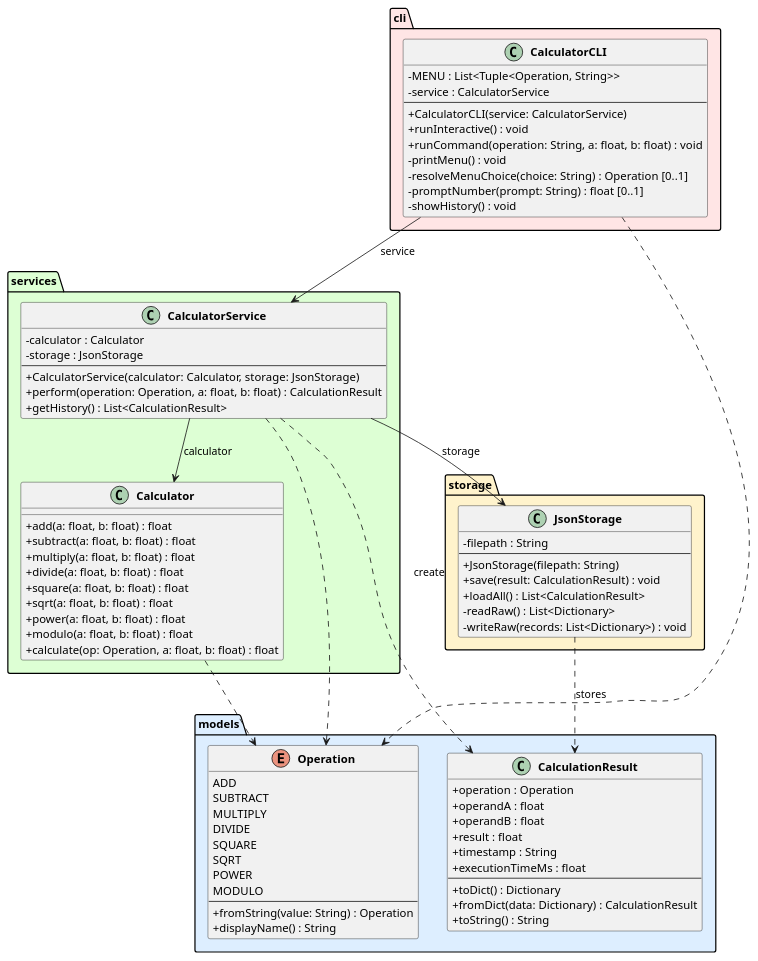
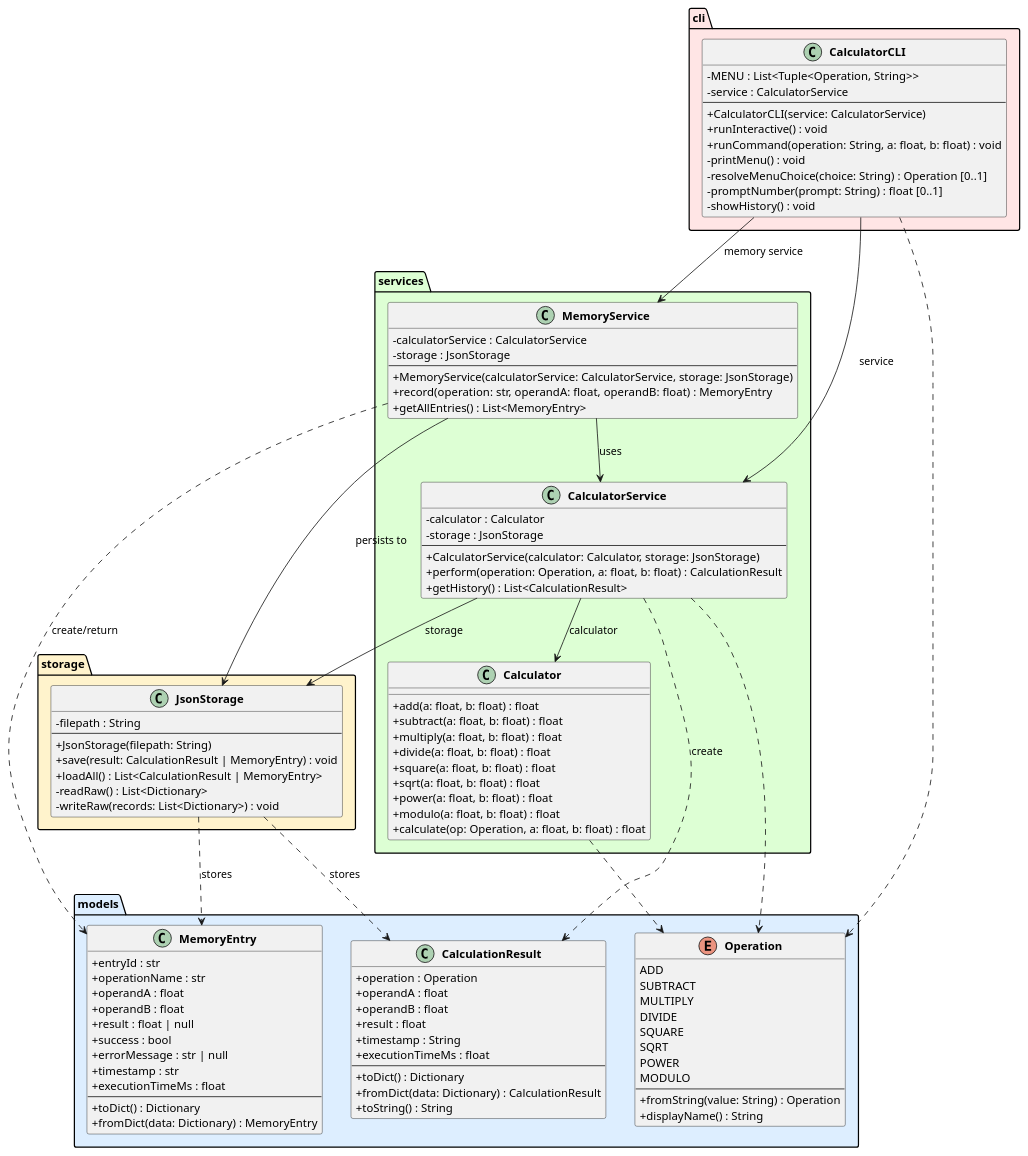
The diagram in experiments/supervisor_as_tools/user_stories/calculator/artifacts/class_diagram.puml (DanielRiha8906/Software_autoevolution_using_agents), drawn with PlantUML before and after one commit. The commit also changed 18 other files, not shown here.

```diff
--- a/experiments/supervisor_as_tools/user_stories/calculator/artifacts/class_diagram.puml
+++ b/experiments/supervisor_as_tools/user_stories/calculator/artifacts/class_diagram.puml
@@ -1,95 +1,124 @@
 @startuml class_diagram
 
 skinparam classAttributeIconSize 0
 skinparam classFontStyle bold
 
 package "models" #DDEEFF {
     enum Operation {
         ADD
         SUBTRACT
         MULTIPLY
         DIVIDE
         SQUARE
         SQRT
         POWER
         MODULO
         --
         +fromString(value: String) : Operation
         +displayName() : String
     }
 
     class CalculationResult {
         +operation : Operation
         +operandA : float
         +operandB : float
         +result : float
         +timestamp : String
         +executionTimeMs : float
         --
         +toDict() : Dictionary
         +fromDict(data: Dictionary) : CalculationResult
         +toString() : String
     }
+
+    class MemoryEntry {
+        +entryId : str
+        +operationName : str
+        +operandA : float
+        +operandB : float
+        +result : float | null
+        +success : bool
+        +errorMessage : str | null
+        +timestamp : str
+        +executionTimeMs : float
+        --
+        +toDict() : Dictionary
+        +fromDict(data: Dictionary) : MemoryEntry
+    }
 }
 
 package "services" #DDFFD4 {
     class Calculator {
         +add(a: float, b: float) : float
         +subtract(a: float, b: float) : float
         +multiply(a: float, b: float) : float
         +divide(a: float, b: float) : float
         +square(a: float, b: float) : float
         +sqrt(a: float, b: float) : float
         +power(a: float, b: float) : float
         +modulo(a: float, b: float) : float
         +calculate(op: Operation, a: float, b: float) : float
     }
 
     class CalculatorService {
         -calculator : Calculator
         -storage : JsonStorage
         --
         +CalculatorService(calculator: Calculator, storage: JsonStorage)
         +perform(operation: Operation, a: float, b: float) : CalculationResult
         +getHistory() : List<CalculationResult>
     }
+
+    class MemoryService {
+        -calculatorService : CalculatorService
+        -storage : JsonStorage
+        --
+        +MemoryService(calculatorService: CalculatorService, storage: JsonStorage)
+        +record(operation: str, operandA: float, operandB: float) : MemoryEntry
+        +getAllEntries() : List<MemoryEntry>
+    }
 }
 
 package "storage" #FFF3CC {
     class JsonStorage {
         -filepath : String
         --
         +JsonStorage(filepath: String)
-        +save(result: CalculationResult) : void
-        +loadAll() : List<CalculationResult>
+        +save(result: CalculationResult | MemoryEntry) : void
+        +loadAll() : List<CalculationResult | MemoryEntry>
         -readRaw() : List<Dictionary>
         -writeRaw(records: List<Dictionary>) : void
     }
 }
 
 package "cli" #FFE5E5 {
     class CalculatorCLI {
         -MENU : List<Tuple<Operation, String>>
         -service : CalculatorService
         --
         +CalculatorCLI(service: CalculatorService)
         +runInteractive() : void
         +runCommand(operation: String, a: float, b: float) : void
         -printMenu() : void
         -resolveMenuChoice(choice: String) : Operation [0..1]
         -promptNumber(prompt: String) : float [0..1]
         -showHistory() : void
     }
 }
 
 CalculatorCLI --> CalculatorService : service
+CalculatorCLI --> MemoryService : memory service
 CalculatorService --> Calculator : calculator
 CalculatorService --> JsonStorage : storage
+MemoryService --> CalculatorService : uses
+MemoryService --> JsonStorage : persists to
 
 CalculatorService ..> CalculationResult : create
+MemoryService ..> MemoryEntry : create/return
 CalculatorService ..> Operation
 CalculatorCLI ..> Operation
 Calculator ..> Operation
 JsonStorage ..> CalculationResult : stores
+JsonStorage ..> MemoryEntry : stores
 
 @enduml
```
